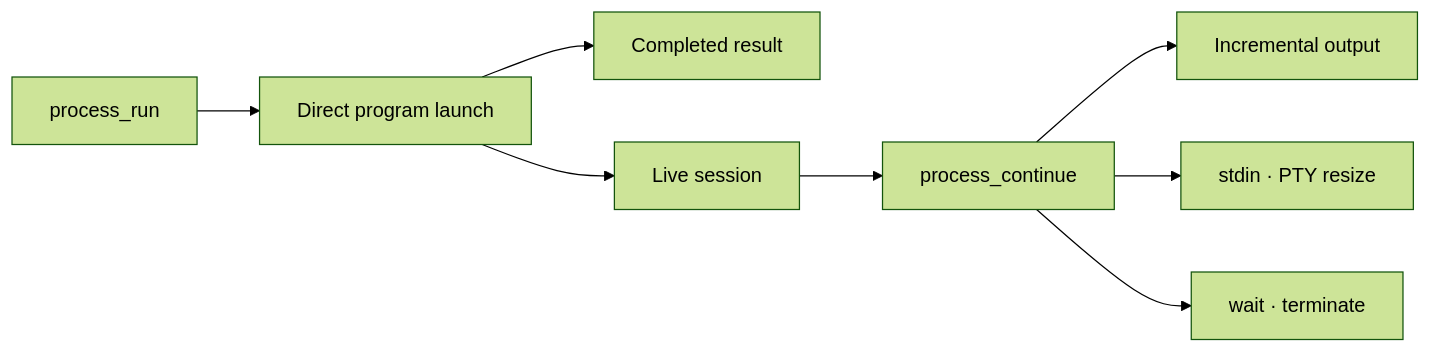
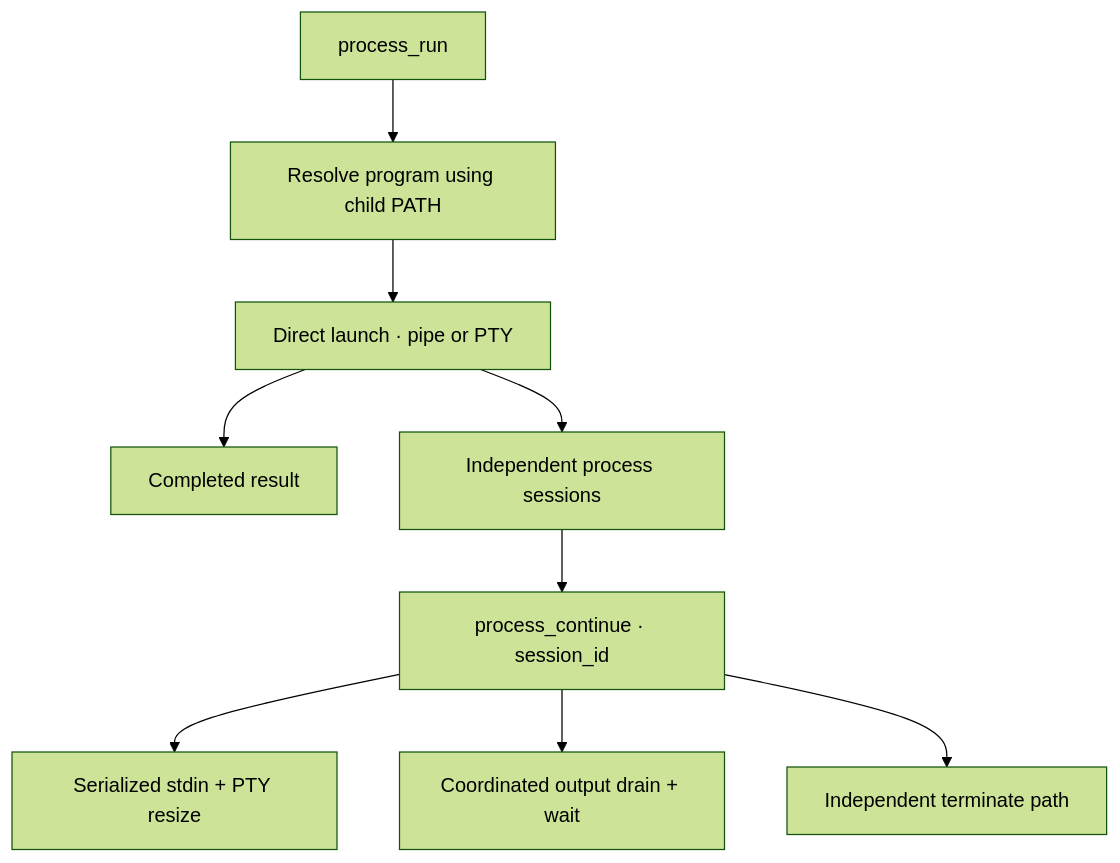
One commit to hicancan/local-runtime-mcp changed the third of 7 diagrams in README.md. Above: the diagram before and after it, drawn with Mermaid (forest theme). The commit also changed other lines of this file and 65 other files, not shown here.

````diff
--- a/README.md
+++ b/README.md
@@ -154,10 +125,11 @@
 ```mermaid
-flowchart LR
-    RUN[process_run] --> START[Direct program launch]
-    START --> COMPLETE[Completed result]
-    START --> SESSION[Live session]
-    SESSION --> CONTINUE[process_continue]
-    CONTINUE --> STREAM[Incremental output]
-    CONTINUE --> INPUT[stdin · PTY resize]
-    CONTINUE --> LIFE[wait · terminate]
+flowchart TB
+    Run[process_run] --> Resolve[Resolve program using child PATH]
+    Resolve --> Launch[Direct launch · pipe or PTY]
+    Launch --> Final[Completed result]
+    Launch --> Sessions[Independent process sessions]
+    Sessions --> Continue[process_continue · session_id]
+    Continue --> Input[Serialized stdin + PTY resize]
+    Continue --> Output[Coordinated output drain + wait]
+    Continue --> Stop[Independent terminate path]
 ```
````
